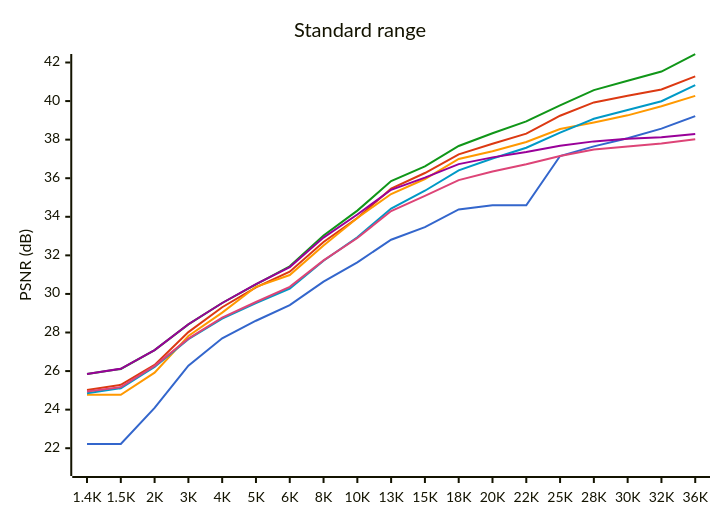
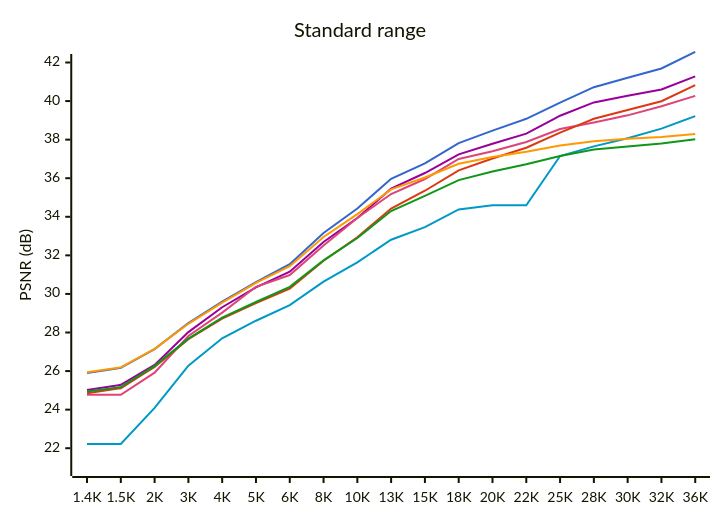
One commit to lieff/miniwtpc changed the second of 2 diagrams in results.md. Above: the diagram before and after it, drawn with Mermaid. The commit also changed other lines of this file and 25 other files, not shown here.

````diff
--- a/results.md
+++ b/results.md
@@ -28,14 +28,14 @@
 ```mermaid
-%%{init: {"themeVariables": {"xyChart": {"plotColorPalette": "#3366cc, #dc3912, #ff9900, #109618, #0099c6, #990099, #dd4477"}}}}%%
+%%{init: {"themeVariables": {"xyChart": {"plotColorPalette": "#0099c6, #990099, #dd4477, #3366cc, #dc3912, #ff9900, #109618"}}}}%%
 xychart-beta
     title "Standard range"
     y-axis "PSNR (dB)" 21 --> 42
     x-axis ["1.4K", "1.5K", "2K", "3K", "4K", "5K", "6K", "8K", "10K", "13K", "15K", "18K", "20K", "22K", "25K", "28K", "30K", "32K", "36K"]
     line "JPEG" [22.22, 22.22, 24.09, 26.28, 27.70, 28.61, 29.42, 30.64, 31.64, 32.81, 33.46, 34.38, 34.60, 34.60, 37.15, 37.65, 38.07, 38.57, 39.22]
     line "JPEG2000" [25.02, 25.29, 26.32, 28.02, 29.31, 30.34, 31.15, 32.69, 33.94, 35.46, 36.27, 37.24, 37.79, 38.31, 39.24, 39.93, 40.28, 40.60, 41.28]
     line "JPEGXL" [24.77, 24.77, 25.92, 27.82, 29.03, 30.37, 30.98, 32.51, 33.94, 35.18, 35.96, 37.00, 37.40, 37.88, 38.55, 38.89, 39.26, 39.73, 40.27]
-    line "WTPC EBC" [25.85, 26.11, 27.09, 28.42, 29.53, 30.50, 31.43, 33.03, 34.32, 35.85, 36.61, 37.67, 38.33, 38.95, 39.78, 40.57, 41.05, 41.53, 42.43]
+    line "WTPC EBC" [25.90, 26.17, 27.14, 28.49, 29.60, 30.61, 31.54, 33.16, 34.43, 35.97, 36.77, 37.82, 38.47, 39.08, 39.92, 40.72, 41.21, 41.69, 42.55]
     line "WTPC Huff" [24.85, 25.11, 26.22, 27.65, 28.72, 29.53, 30.28, 31.72, 32.94, 34.43, 35.35, 36.41, 37.02, 37.58, 38.36, 39.08, 39.54, 39.99, 40.83]
-    line "W420 EBC" [25.85, 26.12, 27.09, 28.43, 29.53, 30.51, 31.39, 32.92, 34.12, 35.40, 36.03, 36.73, 37.08, 37.36, 37.68, 37.91, 38.04, 38.13, 38.29]
+    line "W420 EBC" [25.94, 26.19, 27.15, 28.45, 29.55, 30.57, 31.44, 32.95, 34.14, 35.42, 36.04, 36.75, 37.10, 37.37, 37.70, 37.92, 38.04, 38.14, 38.29]
     line "W420 Huff" [24.94, 25.17, 26.27, 27.68, 28.77, 29.58, 30.37, 31.74, 32.90, 34.30, 35.08, 35.90, 36.35, 36.72, 37.15, 37.49, 37.65, 37.80, 38.02]
 ```
````
